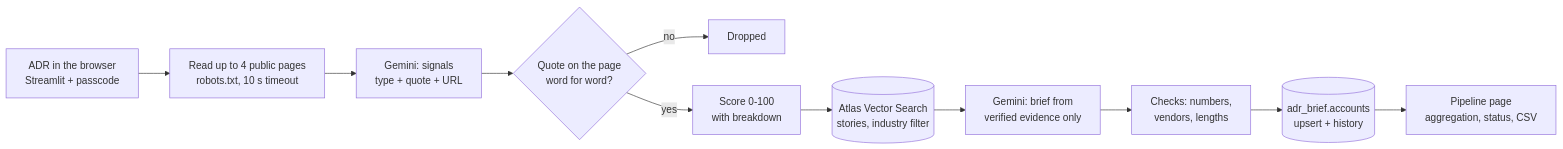
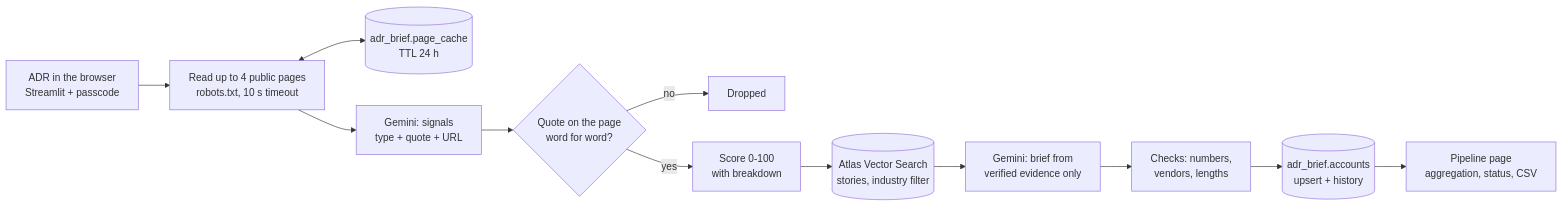
One commit to jimt88/account-brief-builder changed the diagram in README.md. Above: the diagram before and after it, drawn with Mermaid. The commit also changed other lines of this file and 1 other file, not shown here.

Commit message:
Phase 2: document the page cache (README, How it works)

````diff
--- a/README.md
+++ b/README.md
@@ -17,13 +17,14 @@
 ```mermaid
 flowchart LR
     U[ADR in the browser<br/>Streamlit + passcode] --> R[Read up to 4 public pages<br/>robots.txt, 10 s timeout]
+    R <--> PC[(adr_brief.page_cache<br/>TTL 24 h)]
     R --> G1[Gemini: signals<br/>type + quote + URL]
     G1 --> V{Quote on the page<br/>word for word?}
     V -- no --> X[Dropped]
     V -- yes --> S[Score 0-100<br/>with breakdown]
     S --> VS[(Atlas Vector Search<br/>stories, industry filter)]
     VS --> G2[Gemini: brief from<br/>verified evidence only]
     G2 --> C[Checks: numbers,<br/>vendors, lengths]
     C --> A[(adr_brief.accounts<br/>upsert + history)]
     A --> P[Pipeline page<br/>aggregation, status, CSV]
 ```
````
